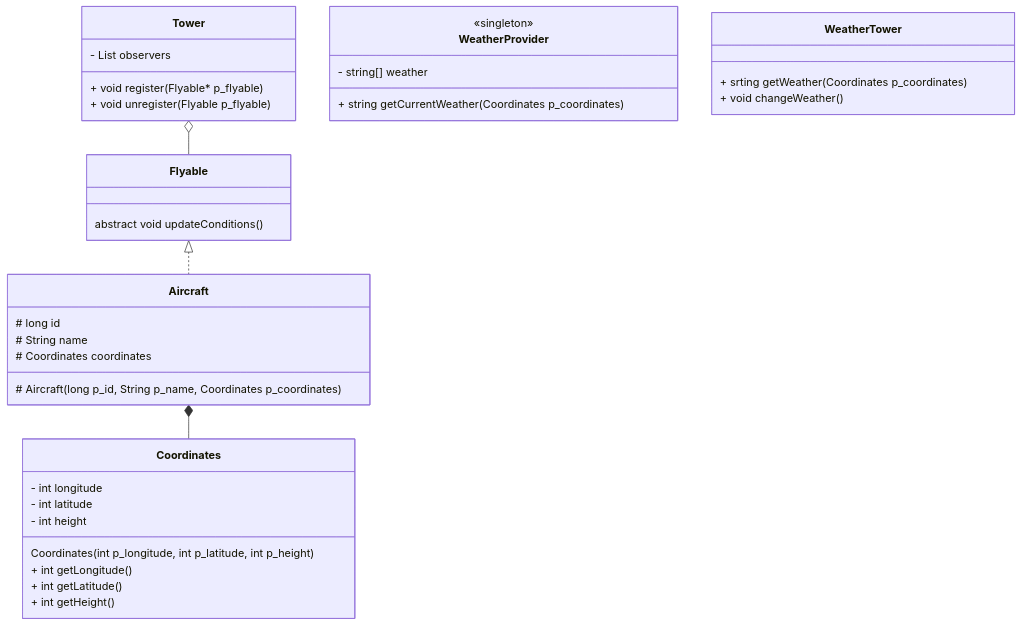
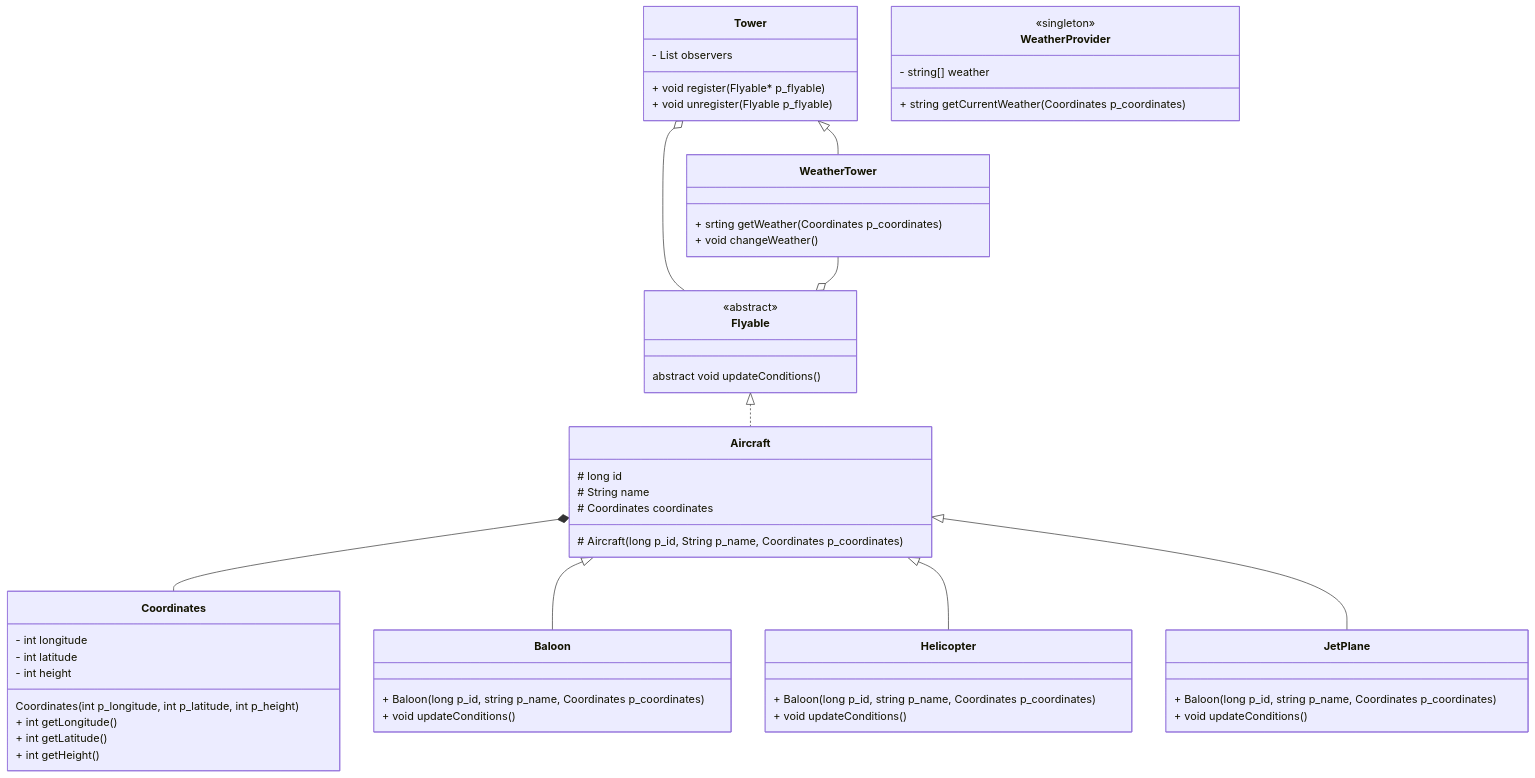
One commit to isilva-t/42.avaj-launcher changed the diagram in project/doc/develop.mermaid. Above: the diagram before and after it, drawn with Mermaid.

Commit message:
docs: add Balloon, Helicopter, JetPlane to UML diagram

```diff
--- a/project/doc/develop.mermaid
+++ b/project/doc/develop.mermaid
@@ -1,52 +1,69 @@
 
 classDiagram
 
     class Tower {    
         - List<Flyable> observers
 
         + void register(Flyable* p_flyable)
         + void unregister(Flyable p_flyable)
     }
 
-
-
     class Flyable {
+        <<abstract>>
         abstract void updateConditions()
     }
 
     
     class Aircraft {
         # long id
         # String name
         # Coordinates coordinates
 
         # Aircraft(long p_id, String p_name, Coordinates p_coordinates)
     }
 
     class Coordinates {
         - int longitude
         - int latitude
         - int height
 
         Coordinates(int p_longitude, int p_latitude, int p_height)
 
         + int getLongitude()
         + int getLatitude()
         + int getHeight()
     }
 
     class WeatherProvider {
         <<singleton>>
         - string[] weather
         + string getCurrentWeather(Coordinates p_coordinates)
     }
 
     class WeatherTower {
         + srting getWeather(Coordinates p_coordinates)
         + void changeWeather()
     }
 
+    class Baloon {
+        + Baloon(long p_id, string p_name, Coordinates p_coordinates)
+        + void updateConditions()
+    }
+    class Helicopter {
+        + Baloon(long p_id, string p_name, Coordinates p_coordinates)
+        + void updateConditions()
+    }
+    class JetPlane {
+        + Baloon(long p_id, string p_name, Coordinates p_coordinates)
+        + void updateConditions()
+    }
 
     Flyable <|.. Aircraft
+    Tower <|-- WeatherTower
     Tower o-- Flyable
+    WeatherTower --o Flyable
     Aircraft *-- Coordinates
+
+    Aircraft <|-- Baloon 
+    Aircraft <|-- Helicopter 
+    Aircraft <|-- JetPlane
```
